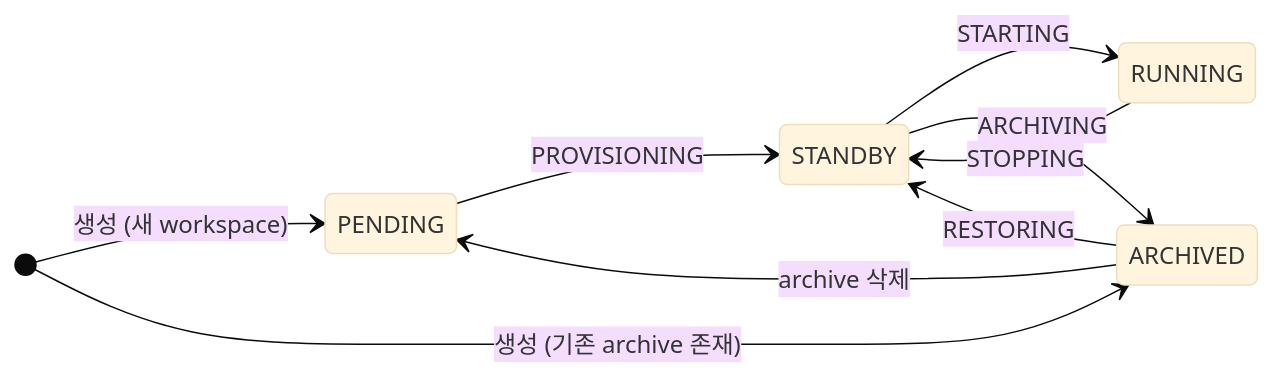
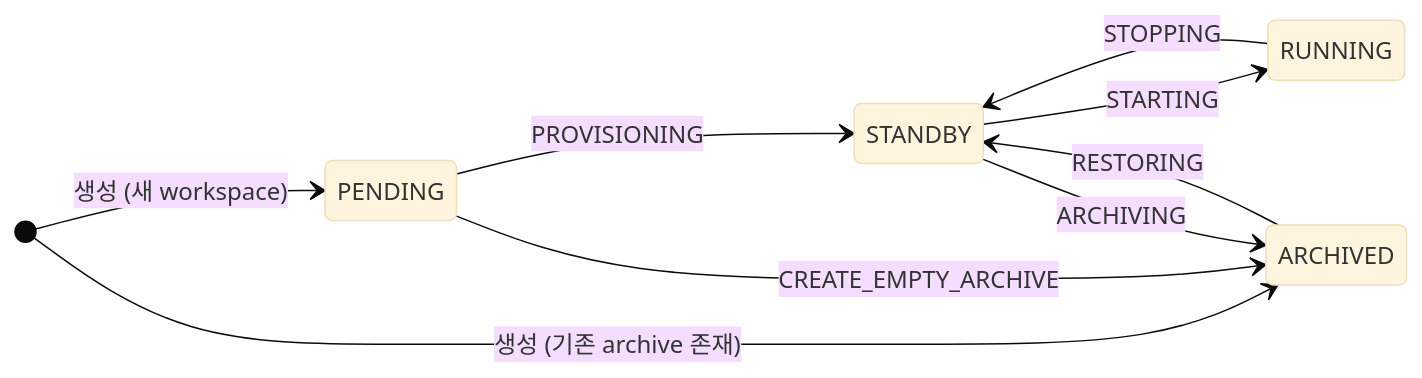
Before and after one commit to cagojeiger/code-hub: the first of 7 diagrams in docs/spec_v2/02-states.md, drawn with Mermaid (base theme). The commit also changed other lines of this file and 6 other files, not shown here.

First line of the commit message:
docs(spec_v2): add CREATE_EMPTY_ARCHIVE and purify Ordered SM

````diff
--- a/docs/spec_v2/02-states.md
+++ b/docs/spec_v2/02-states.md
@@ -184,12 +240,12 @@
 ```mermaid
 stateDiagram-v2
     direction LR
     [*] --> PENDING: 생성 (새 workspace)
     [*] --> ARCHIVED: 생성 (기존 archive 존재)
     PENDING --> STANDBY: PROVISIONING
+    PENDING --> ARCHIVED: CREATE_EMPTY_ARCHIVE
     ARCHIVED --> STANDBY: RESTORING
     STANDBY --> RUNNING: STARTING
     RUNNING --> STANDBY: STOPPING
     STANDBY --> ARCHIVED: ARCHIVING
-    ARCHIVED --> PENDING: archive 삭제
 ```
````
